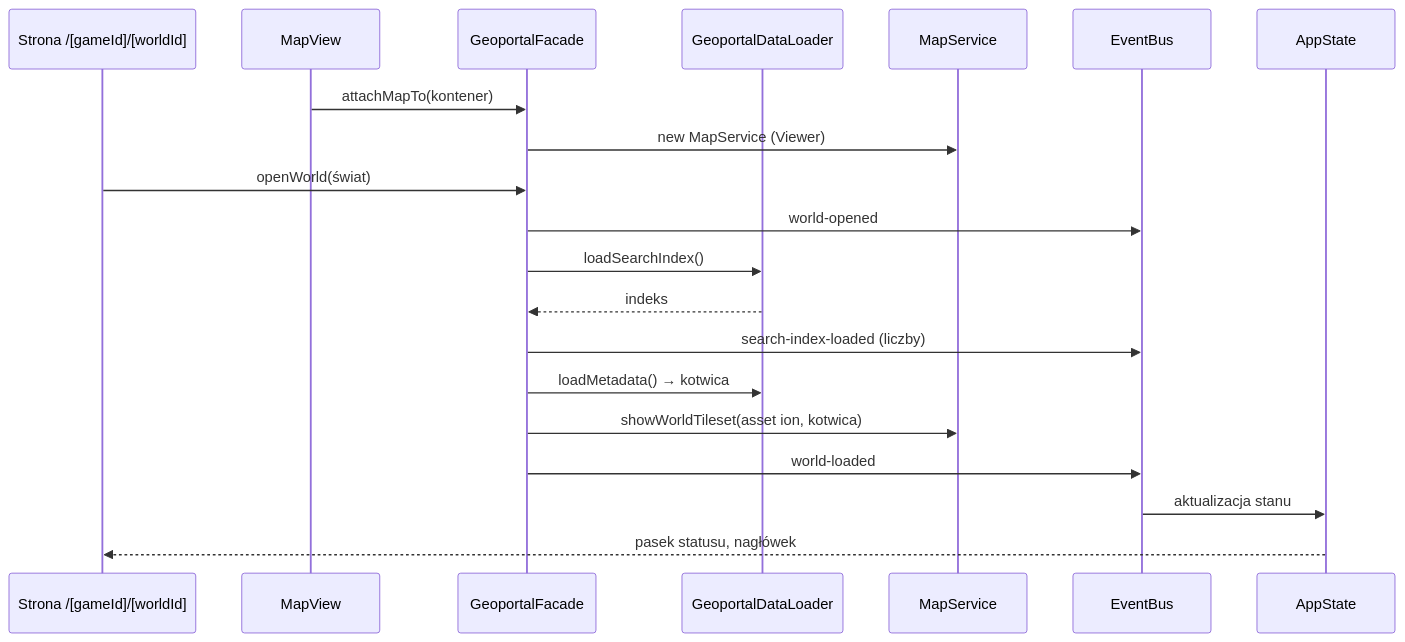
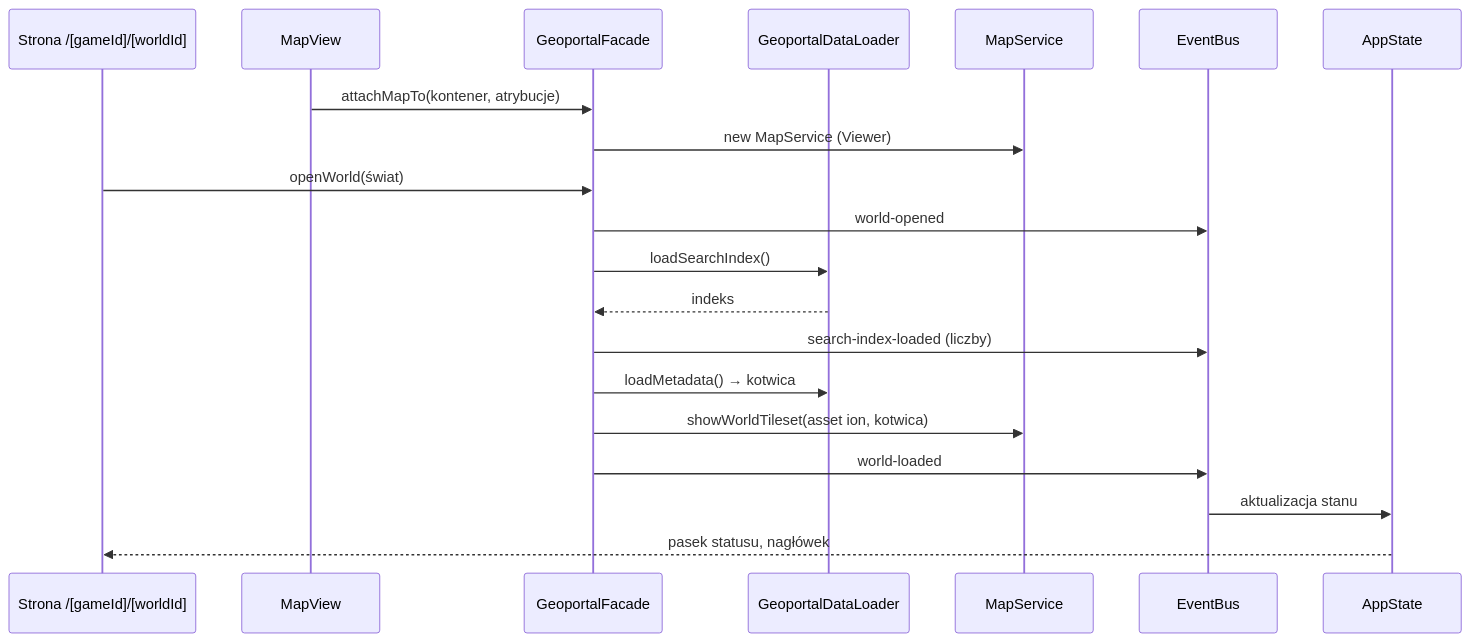
Before and after one commit to MDworecki404/GisOfGothic: the second of 2 diagrams in docs/architektura.md, drawn with Mermaid. The commit also changed other lines of this file and 11 other files, not shown here.

````diff
--- a/docs/architektura.md
+++ b/docs/architektura.md
@@ -49,23 +49,23 @@
 ```mermaid
 sequenceDiagram
     participant P as Strona /[gameId]/[worldId]
     participant V as MapView
     participant F as GeoportalFacade
     participant D as GeoportalDataLoader
     participant M as MapService
     participant B as EventBus
     participant S as AppState
 
-    V->>F: attachMapTo(kontener)
+    V->>F: attachMapTo(kontener, atrybucje)
     F->>M: new MapService (Viewer)
     P->>F: openWorld(świat)
     F->>B: world-opened
     F->>D: loadSearchIndex()
     D-->>F: indeks
     F->>B: search-index-loaded (liczby)
     F->>D: loadMetadata() → kotwica
     F->>M: showWorldTileset(asset ion, kotwica)
     F->>B: world-loaded
     B->>S: aktualizacja stanu
     S-->>P: pasek statusu, nagłówek
 ```
````
